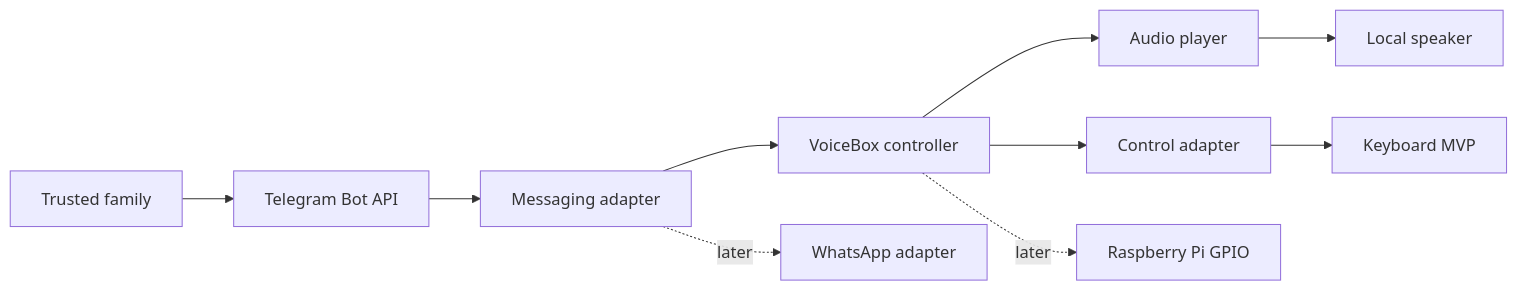
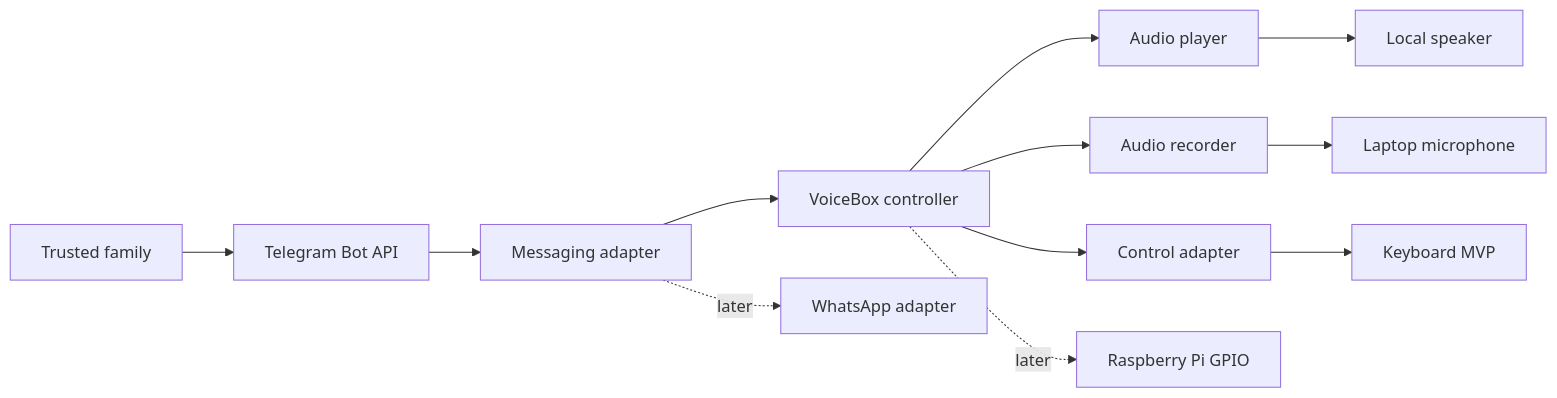
Before and after one commit to Daro05/voicebox-kids: the diagram in README.md, drawn with Mermaid. The commit also changed other lines of this file and 16 other files, not shown here.

Commit message:
feat: add laptop record and send flow

````diff
--- a/README.md
+++ b/README.md
@@ -23,12 +28,14 @@
 ```mermaid
 flowchart LR
     Family[Trusted family] --> Telegram[Telegram Bot API]
     Telegram --> Adapter[Messaging adapter]
     Adapter --> Core[VoiceBox controller]
     Core --> Player[Audio player]
+    Core --> Recorder[Audio recorder]
     Core --> Controls[Control adapter]
     Player --> Laptop[Local speaker]
+    Recorder --> Microphone[Laptop microphone]
     Controls --> Keyboard[Keyboard MVP]
     Core -. later .-> RaspberryPi[Raspberry Pi GPIO]
     Adapter -. later .-> WhatsApp[WhatsApp adapter]
 ```
````
